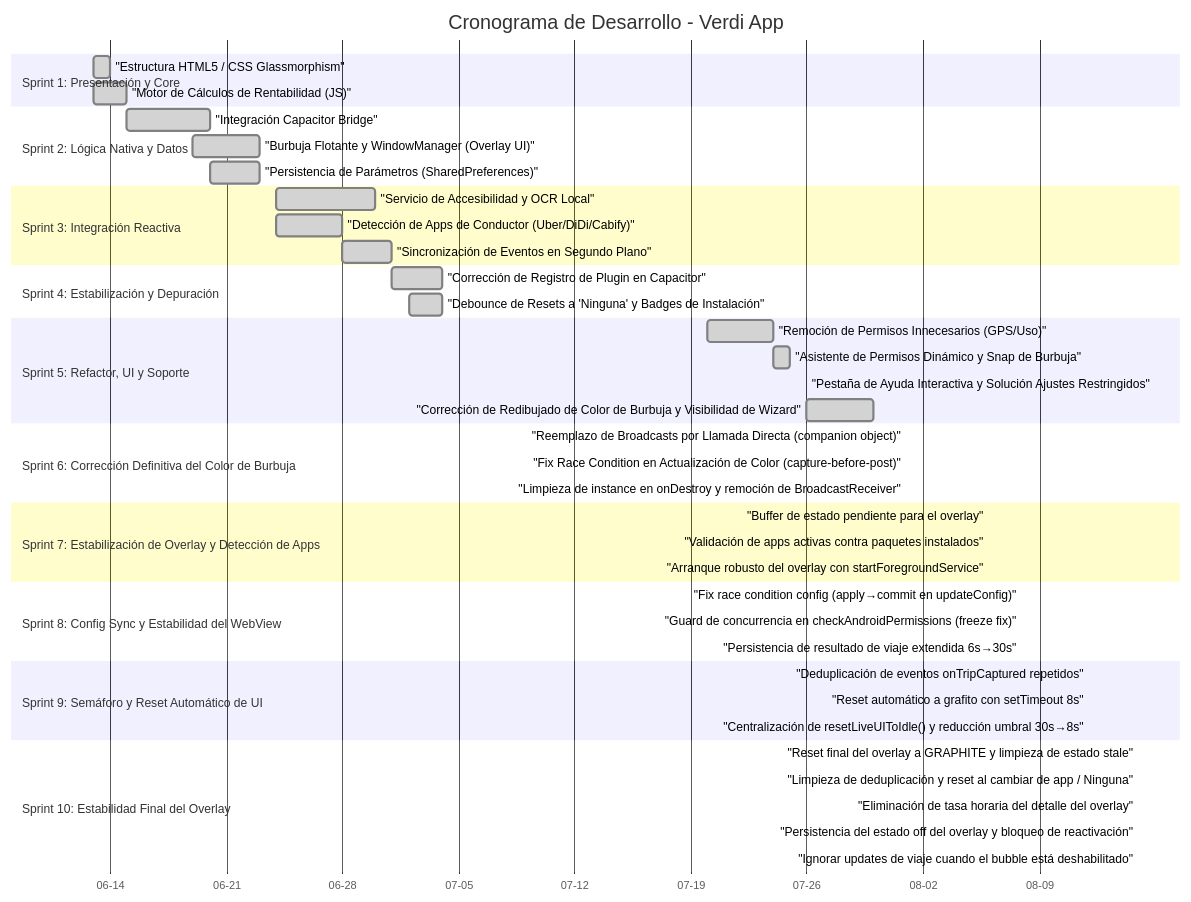
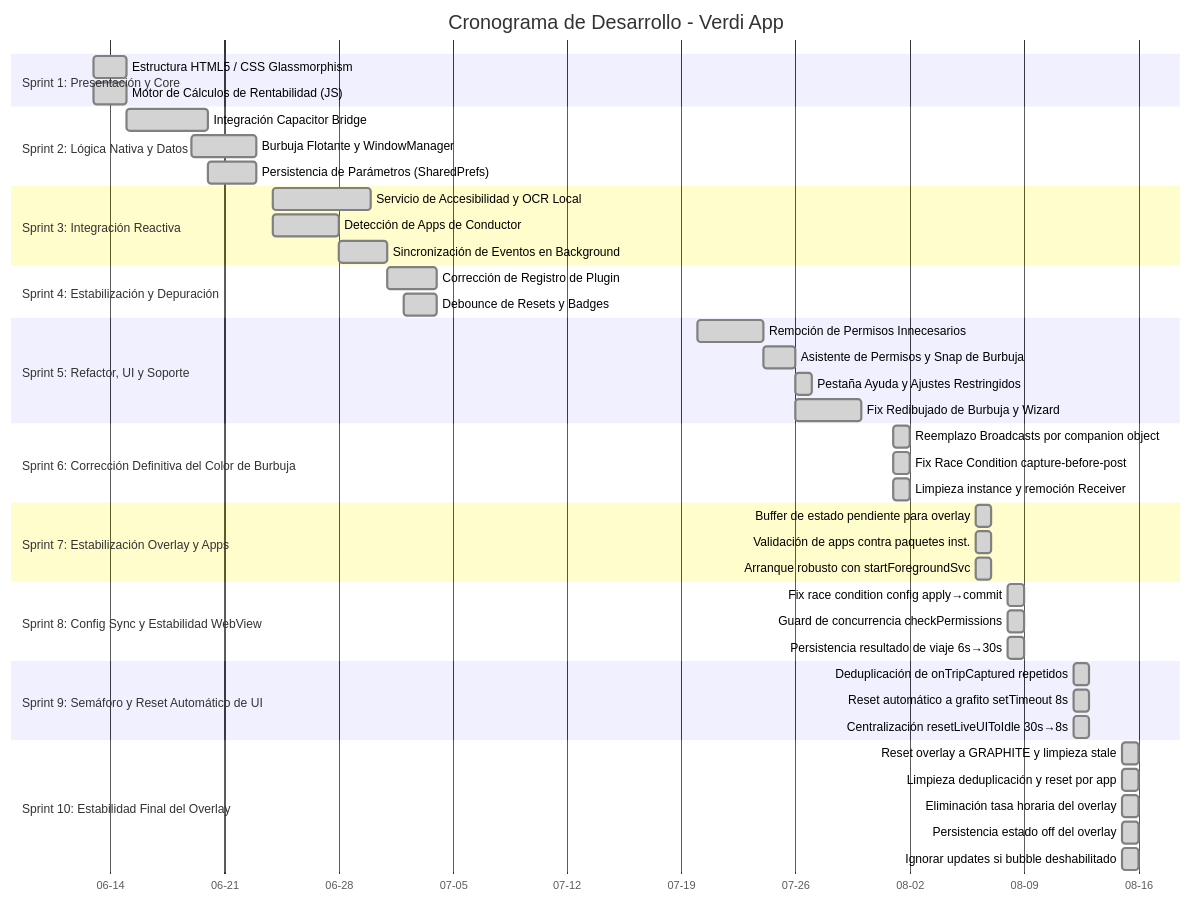
One commit to JorgeFreire95/Verdi changed the diagram in CRONOGRAMA_DESARROLLO.md. Above: the diagram before and after it, drawn with Mermaid. The commit also changed other lines of this file, not shown here.

````diff
--- a/CRONOGRAMA_DESARROLLO.md
+++ b/CRONOGRAMA_DESARROLLO.md
@@ -11,57 +11,57 @@
 ```mermaid
 gantt
     title Cronograma de Desarrollo - Verdi App
     dateFormat  YYYY-MM-DD
     axisFormat  %m-%d
     
     section Sprint 1: Presentación y Core
-    "Estructura HTML5 / CSS Glassmorphism" :done, s1a, 2026-06-13, 2026-06-14
-    "Motor de Cálculos de Rentabilidad (JS)" :done, s1b, 2026-06-13, 2026-06-15
+    Estructura HTML5 / CSS Glassmorphism     :done, s1a, 2026-06-13, 2d
+    Motor de Cálculos de Rentabilidad (JS)   :done, s1b, 2026-06-13, 2d
     
     section Sprint 2: Lógica Nativa y Datos
-    "Integración Capacitor Bridge" :done, s2a, 2026-06-15, 2026-06-20
-    "Burbuja Flotante y WindowManager (Overlay UI)" :done, s2b, 2026-06-19, 2026-06-23
-    "Persistencia de Parámetros (SharedPreferences)" :done, s2c, 2026-06-20, 2026-06-23
+    Integración Capacitor Bridge             :done, s2a, 2026-06-15, 5d
+    Burbuja Flotante y WindowManager         :done, s2b, 2026-06-19, 4d
+    Persistencia de Parámetros (SharedPrefs) :done, s2c, 2026-06-20, 3d
     
     section Sprint 3: Integración Reactiva
-    "Servicio de Accesibilidad y OCR Local" :done, s3a, 2026-06-24, 2026-06-30
-    "Detección de Apps de Conductor (Uber/DiDi/Cabify)" :done, s3b, 2026-06-24, 2026-06-28
-    "Sincronización de Eventos en Segundo Plano" :done, s3c, 2026-06-28, 2026-07-01
+    Servicio de Accesibilidad y OCR Local    :done, s3a, 2026-06-24, 6d
+    Detección de Apps de Conductor           :done, s3b, 2026-06-24, 4d
+    Sincronización de Eventos en Background  :done, s3c, 2026-06-28, 3d
     
     section Sprint 4: Estabilización y Depuración
-    "Corrección de Registro de Plugin en Capacitor" :done, s4a, 2026-07-01, 2026-07-04
-    "Debounce de Resets a 'Ninguna' y Badges de Instalación" :done, s4b, 2026-07-02, 2026-07-04
+    Corrección de Registro de Plugin         :done, s4a, 2026-07-01, 3d
+    Debounce de Resets y Badges              :done, s4b, 2026-07-02, 2d
     
     section Sprint 5: Refactor, UI y Soporte
-    "Remoción de Permisos Innecesarios (GPS/Uso)" :done, s5a, 2026-07-20, 2026-07-24
-    "Asistente de Permisos Dinámico y Snap de Burbuja" :done, s5b, 2026-07-24, 2026-07-25
-    "Pestaña de Ayuda Interactiva y Solución Ajustes Restringidos" :done, s5c, 2026-07-26, 2026-07-26
-    "Corrección de Redibujado de Color de Burbuja y Visibilidad de Wizard" :done, s5d, 2026-07-26, 2026-07-30
+    Remoción de Permisos Innecesarios        :done, s5a, 2026-07-20, 4d
+    Asistente de Permisos y Snap de Burbuja  :done, s5b, 2026-07-24, 2d
+    Pestaña Ayuda y Ajustes Restringidos     :done, s5c, 2026-07-26, 1d
+    Fix Redibujado de Burbuja y Wizard       :done, s5d, 2026-07-26, 4d
     
     section Sprint 6: Corrección Definitiva del Color de Burbuja
-    "Reemplazo de Broadcasts por Llamada Directa (companion object)" :done, s6a, 2026-08-01, 2026-08-01
-    "Fix Race Condition en Actualización de Color (capture-before-post)" :done, s6b, 2026-08-01, 2026-08-01
-    "Limpieza de instance en onDestroy y remoción de BroadcastReceiver" :done, s6c, 2026-08-01, 2026-08-01
+    Reemplazo Broadcasts por companion object :done, s6a, 2026-08-01, 1d
+    Fix Race Condition capture-before-post    :done, s6b, 2026-08-01, 1d
+    Limpieza instance y remoción Receiver     :done, s6c, 2026-08-01, 1d
 
-    section Sprint 7: Estabilización de Overlay y Detección de Apps
-    "Buffer de estado pendiente para el overlay" :done, s7a, 2026-08-06, 2026-08-06
-    "Validación de apps activas contra paquetes instalados" :done, s7b, 2026-08-06, 2026-08-06
-    "Arranque robusto del overlay con startForegroundService" :done, s7c, 2026-08-06, 2026-08-06
+    section Sprint 7: Estabilización Overlay y Apps
+    Buffer de estado pendiente para overlay   :done, s7a, 2026-08-06, 1d
+    Validación de apps contra paquetes inst.  :done, s7b, 2026-08-06, 1d
+    Arranque robusto con startForegroundSvc   :done, s7c, 2026-08-06, 1d
 
-    section Sprint 8: Config Sync y Estabilidad del WebView
-    "Fix race condition config (apply→commit en updateConfig)" :done, s8a, 2026-08-08, 2026-08-08
-    "Guard de concurrencia en checkAndroidPermissions (freeze fix)" :done, s8b, 2026-08-08, 2026-08-08
-    "Persistencia de resultado de viaje extendida 6s→30s" :done, s8c, 2026-08-08, 2026-08-08
+    section Sprint 8: Config Sync y Estabilidad WebView
+    Fix race condition config apply→commit    :done, s8a, 2026-08-08, 1d
+    Guard de concurrencia checkPermissions    :done, s8b, 2026-08-08, 1d
+    Persistencia resultado de viaje 6s→30s   :done, s8c, 2026-08-08, 1d
 
     section Sprint 9: Semáforo y Reset Automático de UI
-    "Deduplicación de eventos onTripCaptured repetidos" :done, s9a, 2026-08-12, 2026-08-12
-    "Reset automático a grafito con setTimeout 8s" :done, s9b, 2026-08-12, 2026-08-12
-    "Centralización de resetLiveUIToIdle() y reducción umbral 30s→8s" :done, s9c, 2026-08-12, 2026-08-12
+    Deduplicación de onTripCaptured repetidos :done, s9a, 2026-08-12, 1d
+    Reset automático a grafito setTimeout 8s  :done, s9b, 2026-08-12, 1d
+    Centralización resetLiveUIToIdle 30s→8s   :done, s9c, 2026-08-12, 1d
 
     section Sprint 10: Estabilidad Final del Overlay
-    "Reset final del overlay a GRAPHITE y limpieza de estado stale" :done, s10a, 2026-08-15, 2026-08-15
-    "Limpieza de deduplicación y reset al cambiar de app / Ninguna" :done, s10b, 2026-08-15, 2026-08-15
-    "Eliminación de tasa horaria del detalle del overlay" :done, s10c, 2026-08-15, 2026-08-15
-    "Persistencia del estado off del overlay y bloqueo de reactivación" :done, s10d, 2026-08-15, 2026-08-15
-    "Ignorar updates de viaje cuando el bubble está deshabilitado" :done, s10e, 2026-08-15, 2026-08-15
+    Reset overlay a GRAPHITE y limpieza stale :done, s10a, 2026-08-15, 1d
+    Limpieza deduplicación y reset por app    :done, s10b, 2026-08-15, 1d
+    Eliminación tasa horaria del overlay      :done, s10c, 2026-08-15, 1d
+    Persistencia estado off del overlay       :done, s10d, 2026-08-15, 1d
+    Ignorar updates si bubble deshabilitado   :done, s10e, 2026-08-15, 1d
 ```
````
